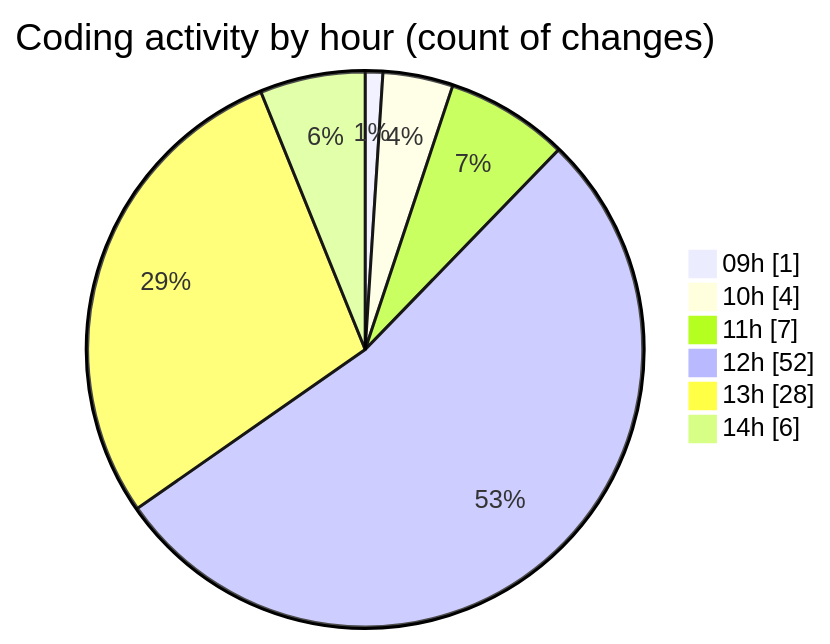
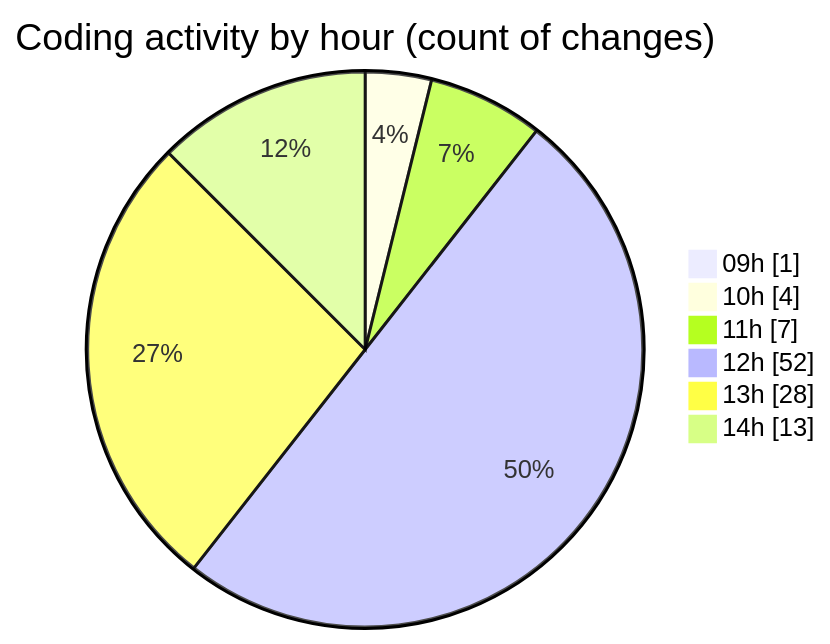
One commit to momahboobian/code-tracking changed the second of 2 diagrams in 2025-04-07/cda/README.md. Above: the diagram before and after it, drawn with Mermaid. The commit also changed other lines of this file and 1 other file, not shown here.

````diff
--- a/2025-04-07/cda/README.md
+++ b/2025-04-07/cda/README.md
@@ -35,10 +35,10 @@
 ```mermaid
 pie showData
 title Coding activity by hour (count of changes)
 "09h" : 1
 "10h" : 4
 "11h" : 7
 "12h" : 52
 "13h" : 28
-"14h" : 6
+"14h" : 13
 ```
````
